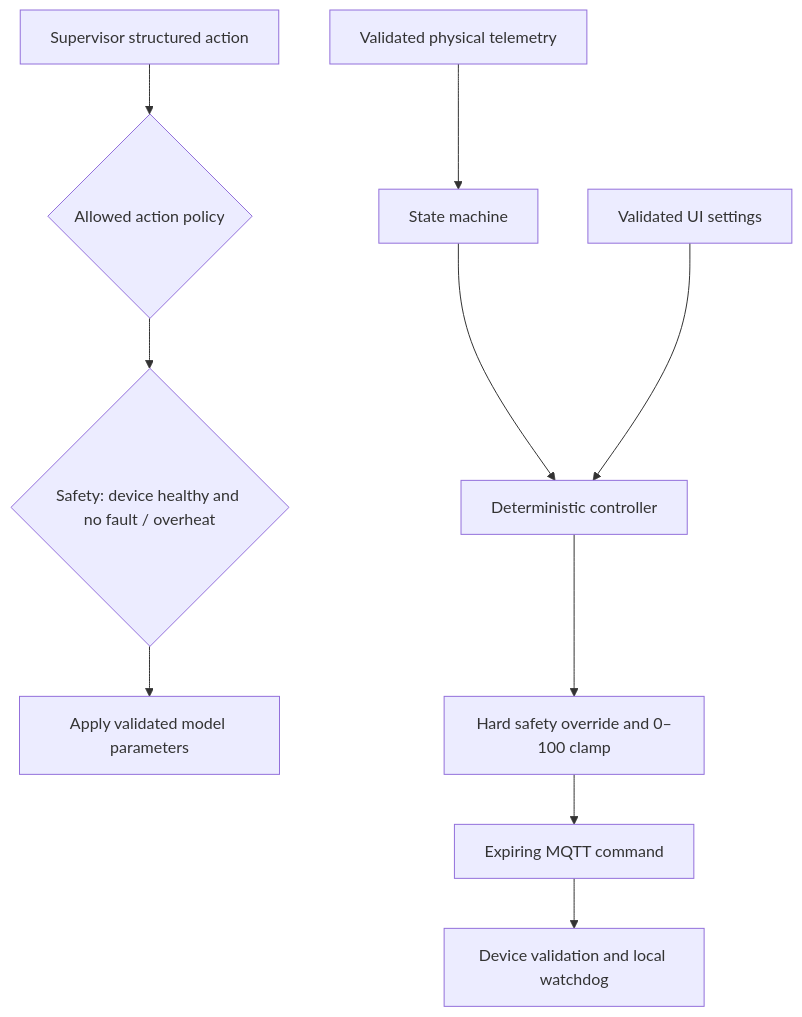
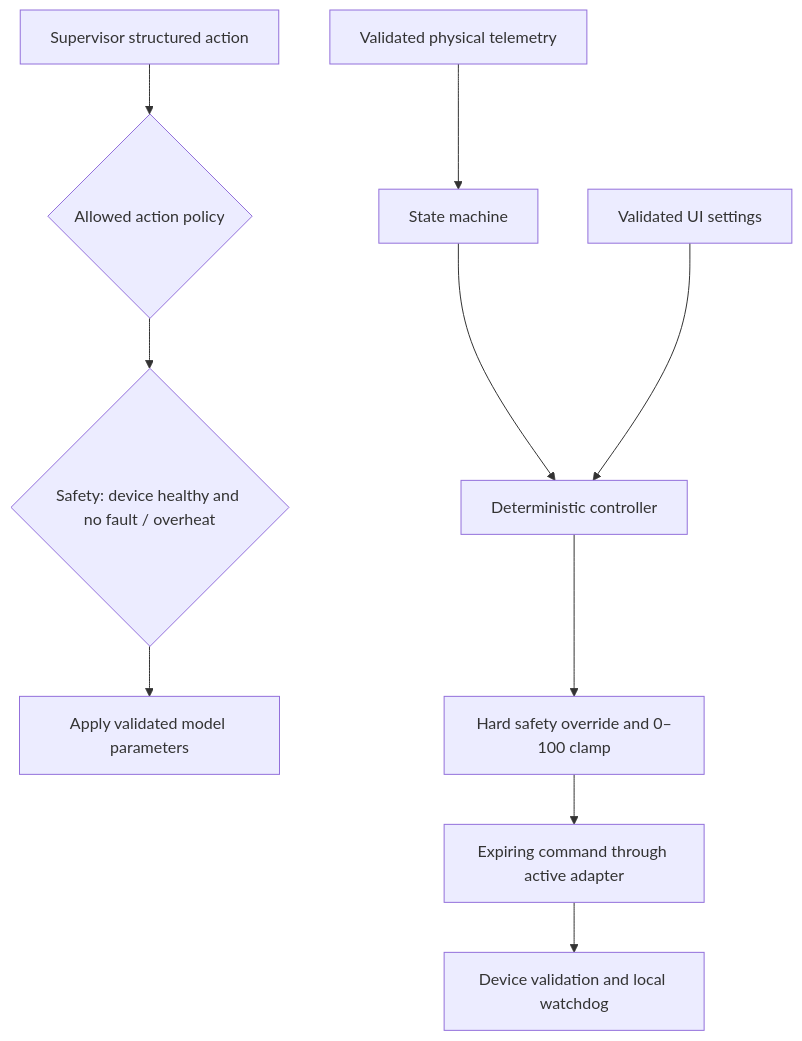
Before and after one commit to Maskini/model-based-smart-cooling-digital-twin: the first of 2 diagrams in docs/ARCHITECTURE.md, drawn with Mermaid. The commit also changed other lines of this file and 37 other files, not shown here.

````diff
--- a/docs/ARCHITECTURE.md
+++ b/docs/ARCHITECTURE.md
@@ -23,12 +31,12 @@
 ```mermaid
 flowchart TD
   A[Supervisor structured action] --> P{Allowed action policy}
   P --> S{Safety: device healthy and no fault / overheat}
   S --> M[Apply validated model parameters]
   T[Validated physical telemetry] --> SM[State machine]
   SM --> C[Deterministic controller]
   UI[Validated UI settings] --> C
   C --> SC[Hard safety override and 0–100 clamp]
-  SC --> MQTT[Expiring MQTT command]
-  MQTT --> D[Device validation and local watchdog]
+  SC --> Adapter[Expiring command through active adapter]
+  Adapter --> D[Device validation and local watchdog]
 ```
````
